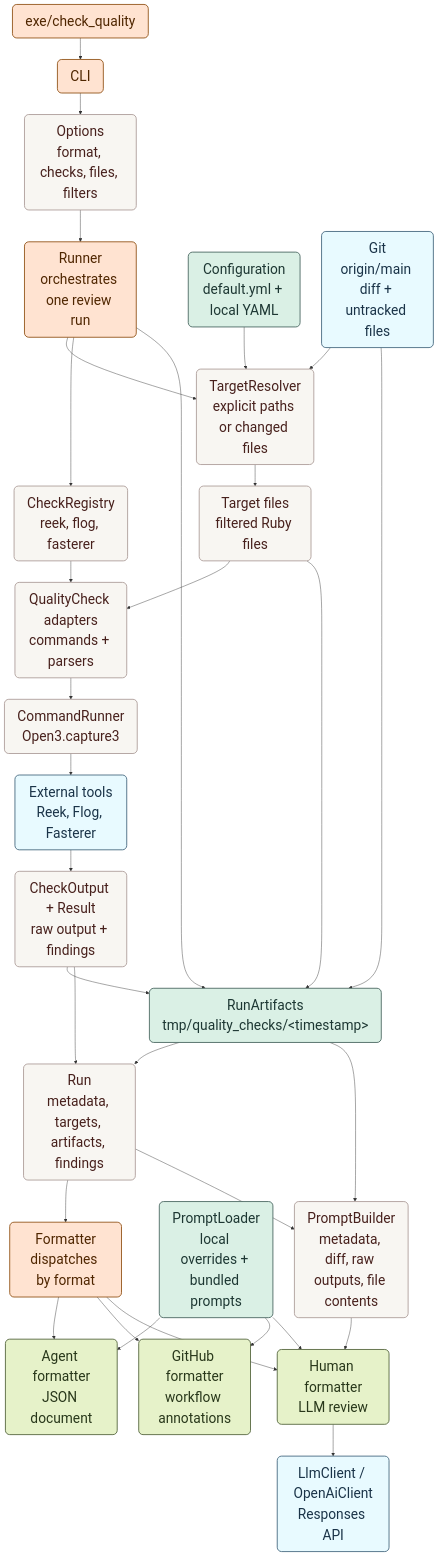
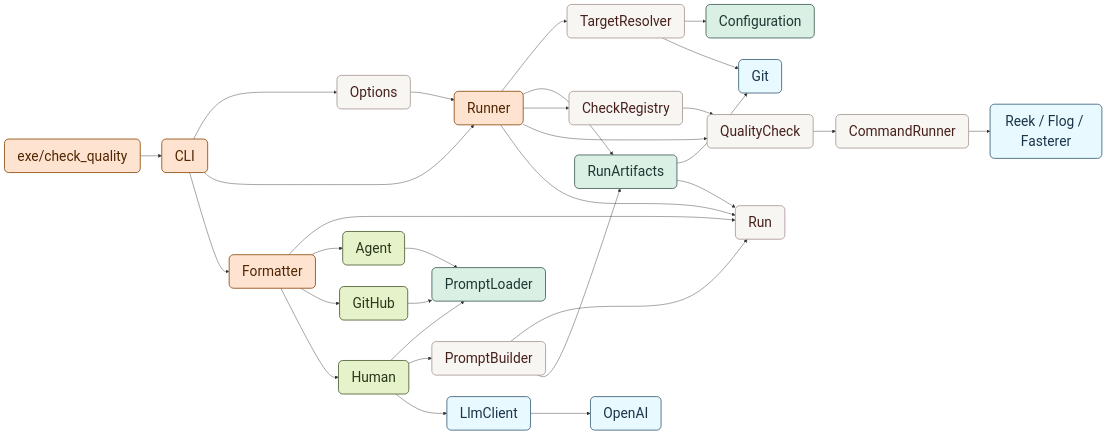
One commit to meetcleo/cleo-quality-review changed the diagram in README.md. Above: the diagram before and after it, drawn with Mermaid.

Commit message:
Simplify architecture diagram in README
Use horizontal layout and shorter labels for better readability.

````diff
--- a/README.md
+++ b/README.md
@@ -70,45 +70,44 @@
 ```mermaid
 %%{init: {"themeVariables": {"fontSize": "32px"}}}%%
-flowchart TD
+flowchart LR
     Executable["exe/check_quality"]:::accent --> CLI["CLI"]:::accent
-    CLI --> Options["Options<br/>format, checks, files, filters"]:::rounded
-    Options --> Runner["Runner<br/>orchestrates one review run"]:::accent
+    CLI --> Options["Options"]:::rounded
+    CLI --> Runner["Runner"]:::accent
+    CLI --> Formatter["Formatter"]:::accent
+    Options --> Runner
 
-    Runner --> TargetResolver["TargetResolver<br/>explicit paths or changed files"]:::rounded
-    Configuration["Configuration<br/>default.yml + local YAML"]:::neutral --> TargetResolver
-    Git["Git<br/>origin/main diff + untracked files"]:::info --> TargetResolver
-    TargetResolver --> Targets["Target files<br/>filtered Ruby files"]:::rounded
+    Runner --> TargetResolver["TargetResolver"]:::rounded
+    TargetResolver --> Configuration["Configuration"]:::neutral
+    TargetResolver --> Git["Git"]:::info
+    Runner --> RunArtifacts["RunArtifacts"]:::neutral
+    RunArtifacts --> Git
 
-    Runner --> CheckRegistry["CheckRegistry<br/>reek, flog, fasterer"]:::rounded
-    CheckRegistry --> Checks["QualityCheck adapters<br/>commands + parsers"]:::rounded
-    Targets --> Checks
-    Checks --> CommandRunner["CommandRunner<br/>Open3.capture3"]:::rounded
-    CommandRunner --> Tools["External tools<br/>Reek, Flog, Fasterer"]:::info
-    Tools --> CheckOutput["CheckOutput + Result<br/>raw output + findings"]:::rounded
+    Runner --> CheckRegistry["CheckRegistry"]:::rounded
+    CheckRegistry --> QualityCheck["QualityCheck"]:::rounded
+    Runner --> QualityCheck
+    QualityCheck --> CommandRunner["CommandRunner"]:::rounded
+    CommandRunner --> Tools["Reek / Flog / Fasterer"]:::info
 
-    Runner --> RunArtifacts["RunArtifacts<br/>tmp/quality_checks/&lt;timestamp&gt;"]:::neutral
-    Git --> RunArtifacts
-    Targets --> RunArtifacts
-    CheckOutput --> RunArtifacts
-    RunArtifacts --> Run["Run<br/>metadata, targets, artifacts, findings"]:::rounded
-    CheckOutput --> Run
+    RunArtifacts --> Run["Run"]:::rounded
+    Runner --> Run
 
-    Run --> Formatter["Formatter<br/>dispatches by format"]:::accent
-    PromptLoader["PromptLoader<br/>local overrides + bundled prompts"]:::neutral --> AgentFormatter["Agent formatter<br/>JSON document"]:::positive
-    PromptLoader --> GithubFormatter["GitHub formatter<br/>workflow annotations"]:::positive
-    PromptLoader --> HumanFormatter["Human formatter<br/>LLM review"]:::positive
-    Formatter --> AgentFormatter
-    Formatter --> GithubFormatter
-    Formatter --> HumanFormatter
+    Formatter --> Run
+    Formatter --> Agent["Agent"]:::positive
+    Formatter --> GitHub["GitHub"]:::positive
+    Formatter --> Human["Human"]:::positive
 
-    Run --> PromptBuilder["PromptBuilder<br/>metadata, diff, raw outputs, file contents"]:::rounded
-    RunArtifacts --> PromptBuilder
-    PromptBuilder --> HumanFormatter
-    HumanFormatter --> LlmClient["LlmClient / OpenAiClient<br/>Responses API"]:::info
+    Agent --> PromptLoader["PromptLoader"]:::neutral
+    GitHub --> PromptLoader
+    Human --> PromptLoader
+    Human --> PromptBuilder["PromptBuilder"]:::rounded
+    PromptBuilder --> Run
+    PromptBuilder --> RunArtifacts
+    Human --> LlmClient["LlmClient"]:::info
+    LlmClient --> OpenAI["OpenAI"]:::info
 
     classDef rounded fill:#F8F6F2,stroke:#AC9B98,stroke-width:2px,color:#47201C,rx:10,ry:10
     classDef positive fill:#E6F2C9,stroke:#51623A,stroke-width:2px,color:#28371A,rx:10,ry:10
     classDef info fill:#E8FAFF,stroke:#42657C,stroke-width:2px,color:#1A3348,rx:10,ry:10
     classDef accent fill:#FFE3D1,stroke:#905013,stroke-width:2px,color:#4F2600,rx:10,ry:10
     classDef neutral fill:#DAF0E5,stroke:#46635E,stroke-width:2px,color:#1D3733,rx:10,ry:10
 ```
````
